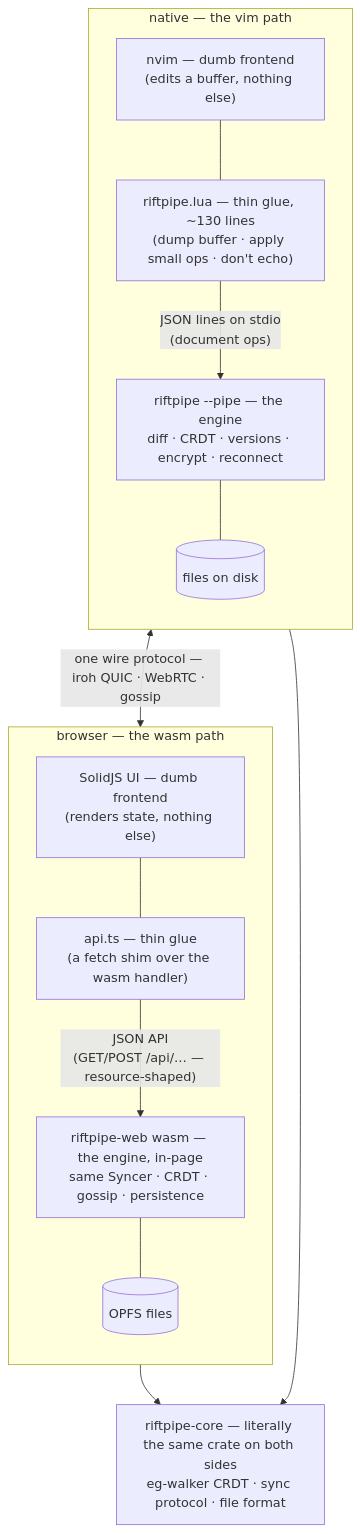
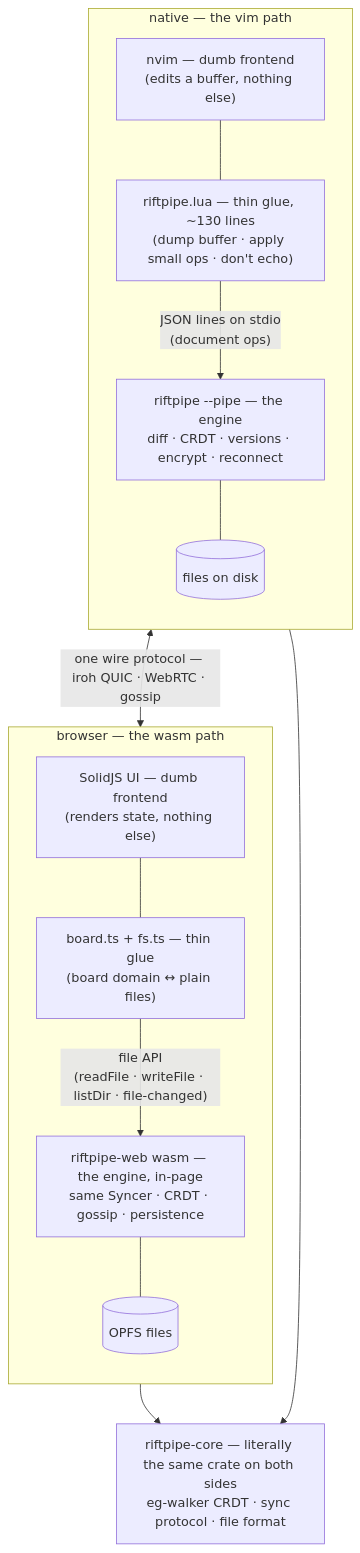
One commit to earv1/riftpipe changed the sixth of 6 diagrams in docs/architecture.md. Above: the diagram before and after it, drawn with Mermaid. The commit also changed other lines of this file and 7 other files, not shown here.

````diff
--- a/docs/architecture.md
+++ b/docs/architecture.md
@@ -187,27 +192,27 @@
 ```mermaid
 flowchart TB
     subgraph NATIVE["native — the vim path"]
         direction TB
         NV["nvim — dumb frontend<br/>(edits a buffer, nothing else)"]
         NB["riftpipe.lua — thin glue, ~130 lines<br/>(dump buffer · apply small ops · don't echo)"]
         NP["riftpipe --pipe — the engine<br/>diff · CRDT · versions · encrypt · reconnect"]
         NF[("files on disk")]
         NV --- NB
         NB -->|"JSON lines on stdio<br/>(document ops)"| NP
         NP --- NF
     end
     subgraph BROWSER["browser — the wasm path"]
         direction TB
         WU["SolidJS UI — dumb frontend<br/>(renders state, nothing else)"]
-        WA["api.ts — thin glue<br/>(a fetch shim over the wasm handler)"]
+        WA["board.ts + fs.ts — thin glue<br/>(board domain ↔ plain files)"]
         WW["riftpipe-web wasm — the engine, in-page<br/>same Syncer · CRDT · gossip · persistence"]
         WF[("OPFS files")]
         WU --- WA
-        WA -->|"JSON API<br/>(GET/POST /api/… — resource-shaped)"| WW
+        WA -->|"file API<br/>(readFile · writeFile · listDir · file-changed)"| WW
         WW --- WF
     end
     NP <-->|"one wire protocol — iroh QUIC · WebRTC · gossip"| WW
     CORE["riftpipe-core — literally the same crate on both sides<br/>eg-walker CRDT · sync protocol · file format"]
     NP --> CORE
     WW --> CORE
 ```
````
